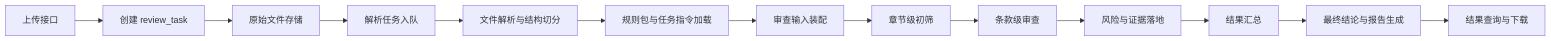
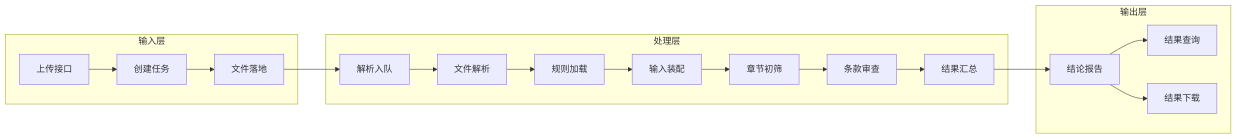
One commit to zeranlin/agent_dis changed the second of 3 diagrams in docs/tech/v1/architecture-layering.md. Above: the diagram before and after it, drawn with Mermaid. The commit also changed other lines of this file and 6 other files, not shown here.

````diff
--- a/docs/tech/v1/architecture-layering.md
+++ b/docs/tech/v1/architecture-layering.md
@@ -260,16 +274,38 @@
 ```mermaid
 graph LR
 
-    A["上传接口"] --> B["创建 review_task"]
-    B --> C["原始文件存储"]
-    C --> D["解析任务入队"]
-    D --> E["文件解析与结构切分"]
-    E --> F["规则包与任务指令加载"]
-    F --> G["审查输入装配"]
-    G --> H["章节级初筛"]
-    H --> I["条款级审查"]
-    I --> J["风险与证据落地"]
-    J --> K["结果汇总"]
-    K --> L["最终结论与报告生成"]
-    L --> M["结果查询与下载"]
+    subgraph 输入层
+        A["上传接口"]
+        B["创建任务"]
+        C["文件落地"]
+    end
+
+    subgraph 处理层
+        D["解析入队"]
+        E["文件解析"]
+        F["规则加载"]
+        G["输入装配"]
+        H["章节初筛"]
+        I["条款审查"]
+        J["结果汇总"]
+    end
+
+    subgraph 输出层
+        K["结论报告"]
+        L["结果查询"]
+        M["结果下载"]
+    end
+
+    A --> B
+    B --> C
+    C --> D
+    D --> E
+    E --> F
+    F --> G
+    G --> H
+    H --> I
+    I --> J
+    J --> K
+    K --> L
+    K --> M
 ```
````
